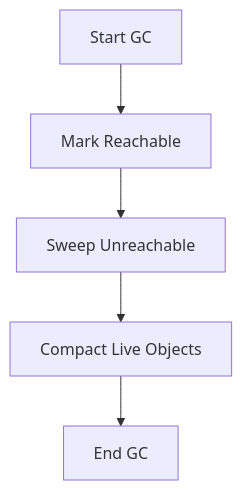
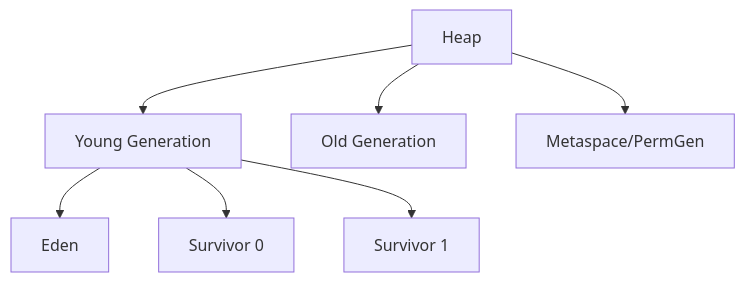
One commit to VrushankPatel/interview-matters changed the first of 2 diagrams in garbage-collection-algorithms/README.md. Above: the diagram before and after it, drawn with Mermaid. The commit also changed other lines of this file and 5 other files, not shown here.

````diff
--- a/garbage-collection-algorithms/README.md
+++ b/garbage-collection-algorithms/README.md
@@ -30,7 +25,10 @@
 ```mermaid
 graph TD
-    A[Start GC] --> B[Mark Reachable]
-    B --> C[Sweep Unreachable]
-    C --> D[Compact Live Objects]
-    D --> E[End GC]
+    A[Heap] --> B[Young Generation]
+    A --> C[Old Generation]
+    A --> D[Metaspace/PermGen]
+    
+    B --> E[Eden]
+    B --> F[Survivor 0]
+    B --> G[Survivor 1]
 ```
````
